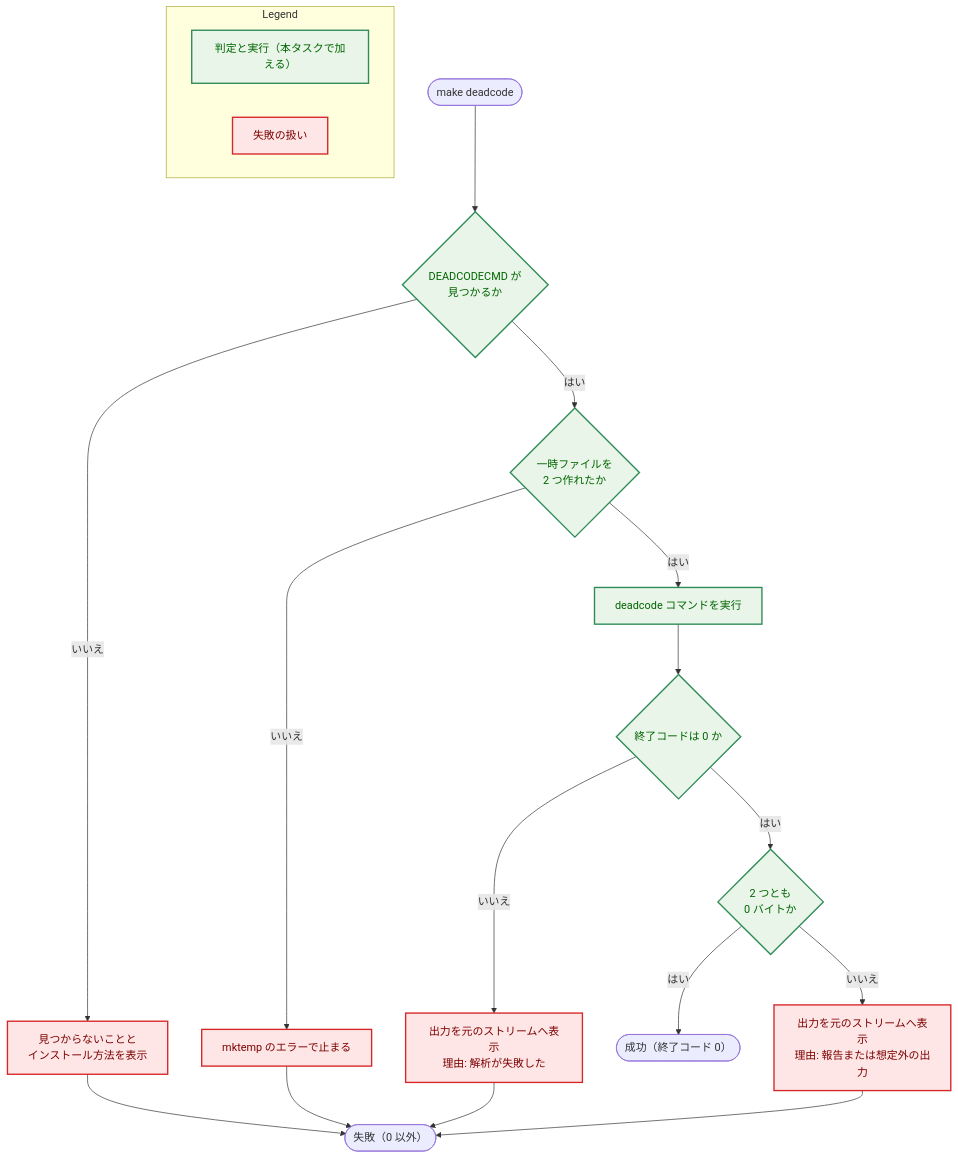
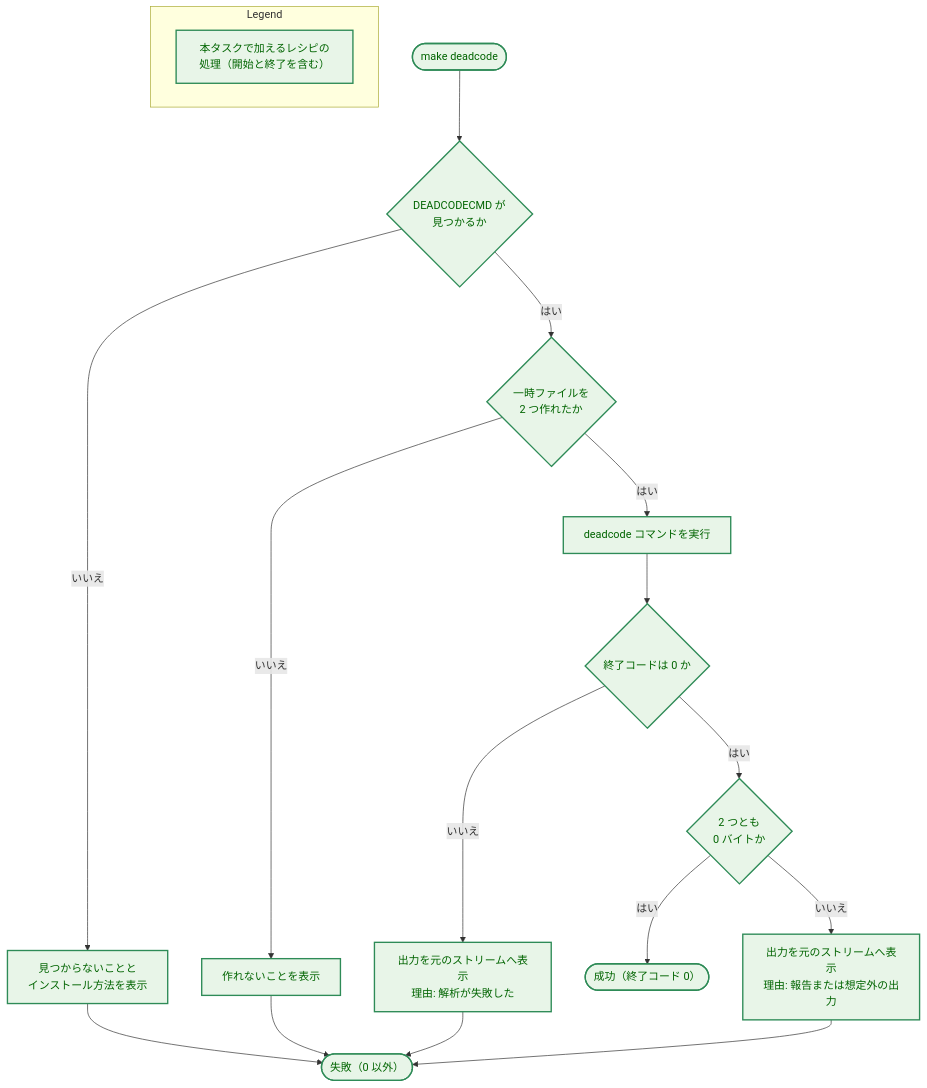
One commit to isseis/yt2column changed the fourth of 4 diagrams in docs/tasks/0047_deadcode_scope/02_architecture.md. Above: the diagram before and after it, drawn with Mermaid. The commit also changed other lines of this file, not shown here.

First line of the commit message:
docs(0047): address the architecture review and polish the Japanese prose

````diff
--- a/docs/tasks/0047_deadcode_scope/02_architecture.md
+++ b/docs/tasks/0047_deadcode_scope/02_architecture.md
@@ -278,31 +277,26 @@
 ```mermaid
 flowchart TD
-    classDef data fill:#e6f7ff,stroke:#1f77b4,stroke-width:1px,color:#0b3d91;
     classDef enhanced fill:#e8f5e8,stroke:#2e8b57,stroke-width:2px,color:#006400;
-    classDef problem fill:#ffe6e6,stroke:#d62728,stroke-width:2px,color:#7b0000;
 
     START(["make deadcode"]) --> FOUND{"DEADCODECMD が<br>見つかるか"}
     FOUND -->|"いいえ"| MISS["見つからないことと<br>インストール方法を表示"]
     FOUND -->|"はい"| TMP{"一時ファイルを<br>2 つ作れたか"}
-    TMP -->|"いいえ"| FAILTMP["mktemp のエラーで止まる"]
+    TMP -->|"いいえ"| FAILTMP["作れないことを表示"]
     TMP -->|"はい"| RUN["deadcode コマンドを実行"]
     RUN --> EXIT{"終了コードは 0 か"}
     EXIT -->|"いいえ"| SHOWF["出力を元のストリームへ表示<br>理由: 解析が失敗した"]
     EXIT -->|"はい"| EMPTY{"2 つとも<br>0 バイトか"}
     EMPTY -->|"はい"| OK(["成功（終了コード 0）"])
     EMPTY -->|"いいえ"| SHOWR["出力を元のストリームへ表示<br>理由: 報告または想定外の出力"]
     MISS --> NG(["失敗（0 以外）"])
     FAILTMP --> NG
     SHOWF --> NG
     SHOWR --> NG
 
-    class FOUND,TMP,EXIT,EMPTY,RUN enhanced
-    class MISS,FAILTMP,SHOWF,SHOWR problem
+    class START,FOUND,MISS,TMP,FAILTMP,RUN,EXIT,SHOWF,EMPTY,OK,SHOWR,NG enhanced
 
     subgraph Legend["Legend"]
-        L1["判定と実行（本タスクで加える）"]
-        L2["失敗の扱い"]
+        L1["本タスクで加えるレシピの処理（開始と終了を含む）"]
     end
     class L1 enhanced
-    class L2 problem
 ```
````
